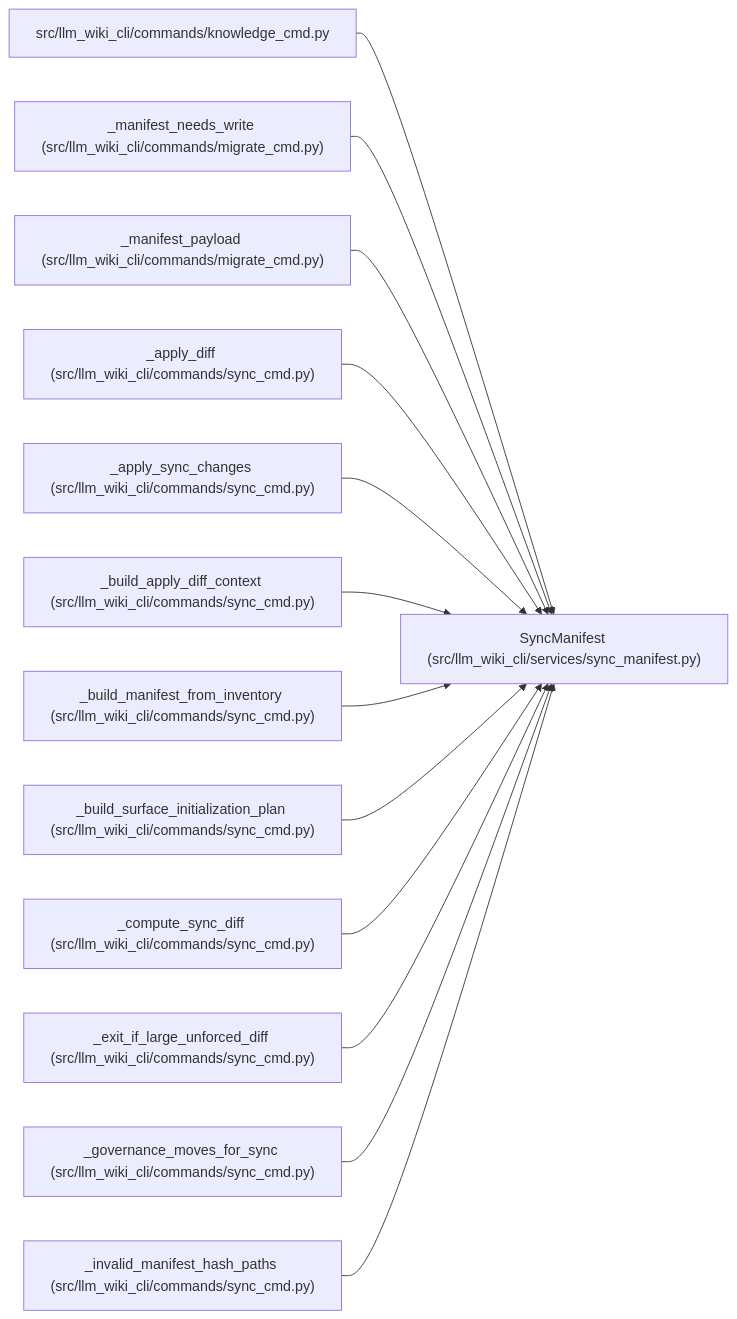
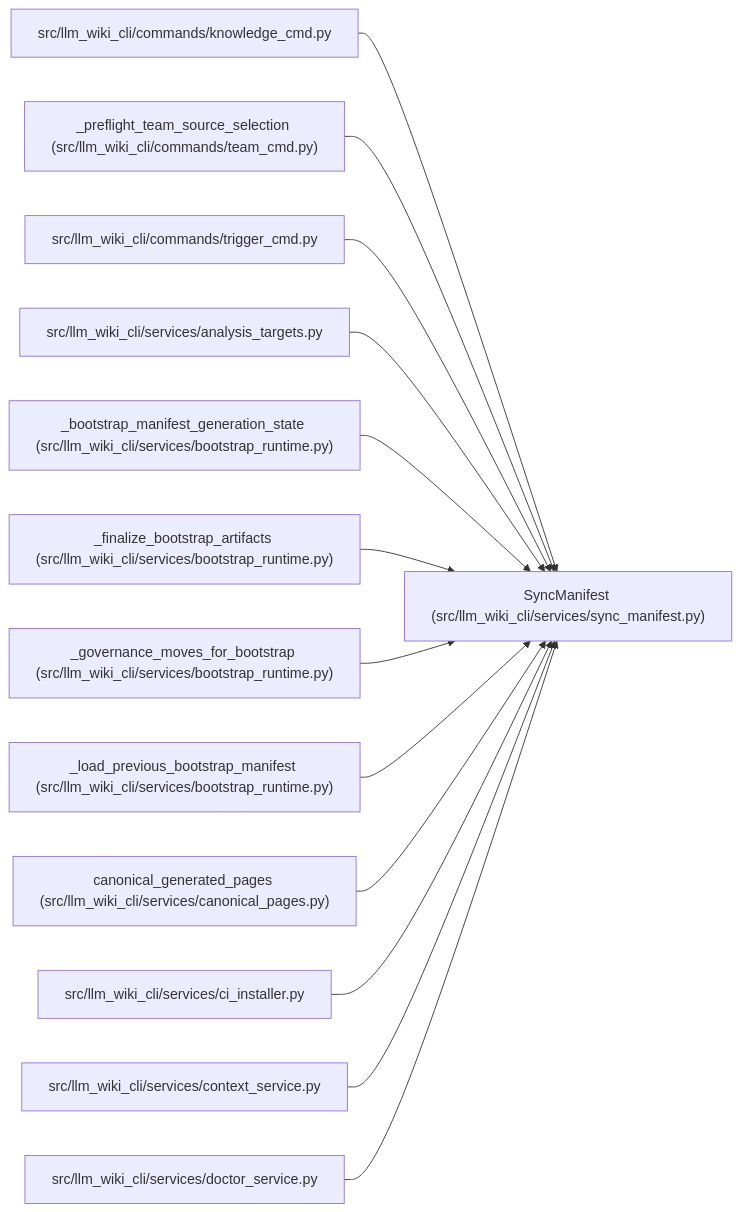
Before and after one commit to Denissvgn/python-wiki-llm: the diagram in docs/llm_wiki/entities/SyncManifest.md, drawn with Mermaid. The commit also changed other lines of this file and 1555 other files, not shown here.

````diff
--- a/docs/llm_wiki/entities/SyncManifest.md
+++ b/docs/llm_wiki/entities/SyncManifest.md
@@ -49,41 +49,41 @@
 ```mermaid
 flowchart LR
     n0["SyncManifest (src/llm_wiki_cli/services/sync_manifest.py)"]
     n1["src/llm_wiki_cli/commands/knowledge_cmd.py"]
-    n2["_manifest_needs_write (src/llm_wiki_cli/commands/migrate_cmd.py)"]
-    n3["_manifest_payload (src/llm_wiki_cli/commands/migrate_cmd.py)"]
-    n4["_apply_diff (src/llm_wiki_cli/commands/sync_cmd.py)"]
-    n5["_apply_sync_changes (src/llm_wiki_cli/commands/sync_cmd.py)"]
-    n6["_build_apply_diff_context (src/llm_wiki_cli/commands/sync_cmd.py)"]
-    n7["_build_manifest_from_inventory (src/llm_wiki_cli/commands/sync_cmd.py)"]
-    n8["_build_surface_initialization_plan (src/llm_wiki_cli/commands/sync_cmd.py)"]
-    n9["_compute_sync_diff (src/llm_wiki_cli/commands/sync_cmd.py)"]
-    n10["_exit_if_large_unforced_diff (src/llm_wiki_cli/commands/sync_cmd.py)"]
-    n11["_governance_moves_for_sync (src/llm_wiki_cli/commands/sync_cmd.py)"]
-    n12["_invalid_manifest_hash_paths (src/llm_wiki_cli/commands/sync_cmd.py)"]
+    n2["_preflight_team_source_selection (src/llm_wiki_cli/commands/team_cmd.py)"]
+    n3["src/llm_wiki_cli/commands/trigger_cmd.py"]
+    n4["src/llm_wiki_cli/services/analysis_targets.py"]
+    n5["_bootstrap_manifest_generation_state (src/llm_wiki_cli/services/bootstrap_runtime.py)"]
+    n6["_finalize_bootstrap_artifacts (src/llm_wiki_cli/services/bootstrap_runtime.py)"]
+    n7["_governance_moves_for_bootstrap (src/llm_wiki_cli/services/bootstrap_runtime.py)"]
+    n8["_load_previous_bootstrap_manifest (src/llm_wiki_cli/services/bootstrap_runtime.py)"]
+    n9["canonical_generated_pages (src/llm_wiki_cli/services/canonical_pages.py)"]
+    n10["src/llm_wiki_cli/services/ci_installer.py"]
+    n11["src/llm_wiki_cli/services/context_service.py"]
+    n12["src/llm_wiki_cli/services/doctor_service.py"]
     n1 --> n0
     n2 --> n0
     n3 --> n0
     n4 --> n0
     n5 --> n0
     n6 --> n0
     n7 --> n0
     n8 --> n0
     n9 --> n0
     n10 --> n0
     n11 --> n0
     n12 --> n0
     click n0 "../modules/sync_manifest.md"
     click n1 "../modules/knowledge_cmd.md"
-    click n2 "../modules/migrate_cmd.md"
-    click n3 "../modules/migrate_cmd.md"
-    click n4 "../modules/sync_cmd.md"
-    click n5 "../modules/sync_cmd.md"
-    click n6 "../modules/sync_cmd.md"
-    click n7 "../modules/sync_cmd.md"
-    click n8 "../modules/sync_cmd.md"
-    click n9 "../modules/sync_cmd.md"
-    click n10 "../modules/sync_cmd.md"
-    click n11 "../modules/sync_cmd.md"
-    click n12 "../modules/sync_cmd.md"
+    click n2 "../modules/team_cmd.md"
+    click n3 "../modules/trigger_cmd.md"
+    click n4 "../modules/analysis_targets.md"
+    click n5 "../modules/bootstrap_runtime.md"
+    click n6 "../modules/bootstrap_runtime.md"
+    click n7 "../modules/bootstrap_runtime.md"
+    click n8 "../modules/bootstrap_runtime.md"
+    click n9 "../modules/canonical_pages.md"
+    click n10 "../modules/ci_installer.md"
+    click n11 "../modules/context_service.md"
+    click n12 "../modules/doctor_service.md"
 ```
````
